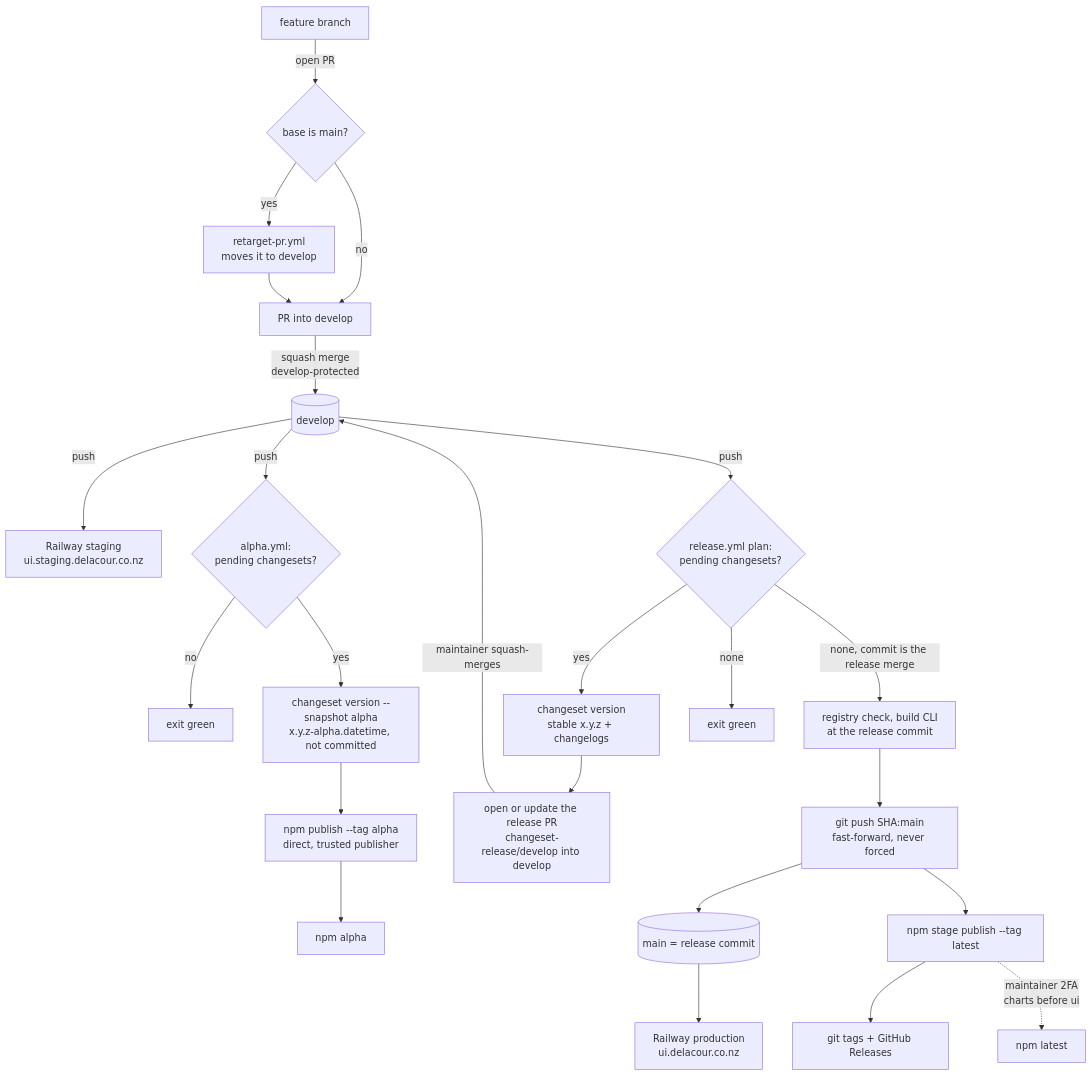
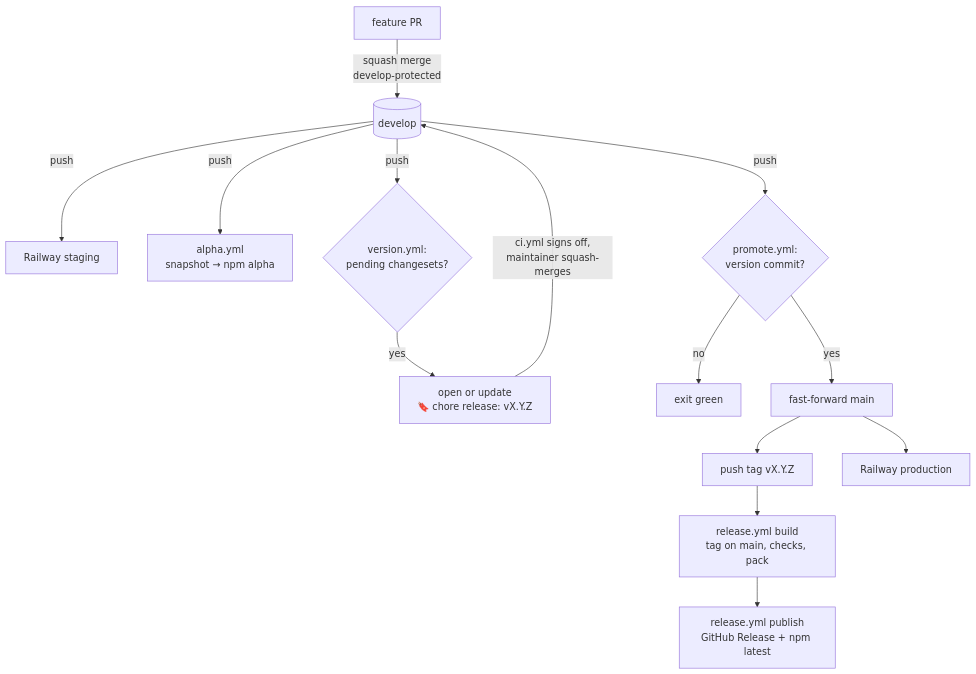
One commit to delacournz/delacour-ui changed the diagram in AGENTS.md. Above: the diagram before and after it, drawn with Mermaid. The commit also changed other lines of this file and 22 other files, not shown here.

Commit message:
🔧 chore(release): replicate warden's version → promote → release flow (#287)

````diff
--- a/AGENTS.md
+++ b/AGENTS.md
@@ -394,28 +360,16 @@
 ```mermaid
 flowchart TD
-    A[feature branch] -->|open PR| B{base is main?}
-    B -->|yes| C[retarget-pr.yml<br/>moves it to develop]
-    B -->|no| D[PR into develop]
-    C --> D
-    D -->|squash merge<br/>develop-protected| E[(develop)]
-
-    E -->|push| S[Railway staging<br/>ui.staging.delacour.co.nz]
-    E -->|push| F{alpha.yml:<br/>pending changesets?}
-    F -->|no| G[exit green]
-    F -->|yes| H[changeset version --snapshot alpha<br/>x.y.z-alpha.datetime, not committed]
-    H --> I[npm publish --tag alpha<br/>direct, trusted publisher]
-    I --> J[npm alpha]
-
-    E -->|push| L{release.yml plan:<br/>pending changesets?}
-    L -->|yes| M[changeset version<br/>stable x.y.z + changelogs]
-    M --> N[open or update the release PR<br/>changeset-release/develop into develop]
-    N -->|maintainer squash-merges| E
-    L -->|none, commit is the release merge| P[registry check, build CLI<br/>at the release commit]
-    L -->|none| Y[exit green]
-    P --> T[git push SHA:main<br/>fast-forward, never forced]
-    T --> U[(main = release commit)]
-    U --> V[Railway production<br/>ui.delacour.co.nz]
-    T --> Q[npm stage publish --tag latest]
-    Q --> R[git tags + GitHub Releases]
-    Q -.->|maintainer 2FA<br/>charts before ui| W[npm latest]
+    A[feature PR] -->|squash merge<br/>develop-protected| E[(develop)]
+    E -->|push| S[Railway staging]
+    E -->|push| F[alpha.yml<br/>snapshot → npm alpha]
+    E -->|push| V{version.yml:<br/>pending changesets?}
+    V -->|yes| N[open or update<br/>🔖 chore release: vX.Y.Z]
+    N -->|ci.yml signs off,<br/>maintainer squash-merges| E
+    E -->|push| P{promote.yml:<br/>version commit?}
+    P -->|no| Z[exit green]
+    P -->|yes| M[fast-forward main]
+    M --> T[push tag vX.Y.Z]
+    M --> PR[Railway production]
+    T --> R[release.yml build<br/>tag on main, checks, pack]
+    R --> Q[release.yml publish<br/>GitHub Release + npm latest]
 ```
````
